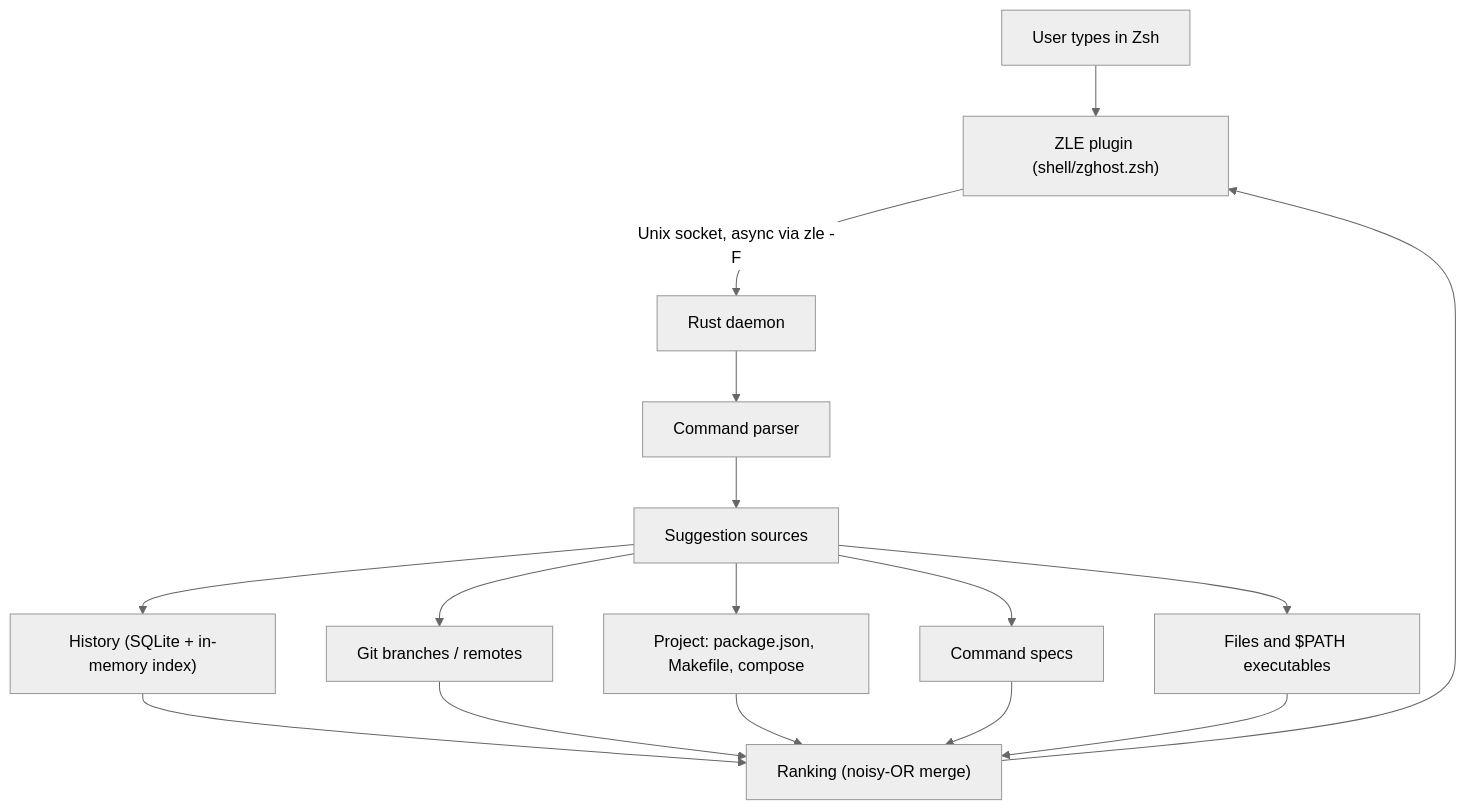
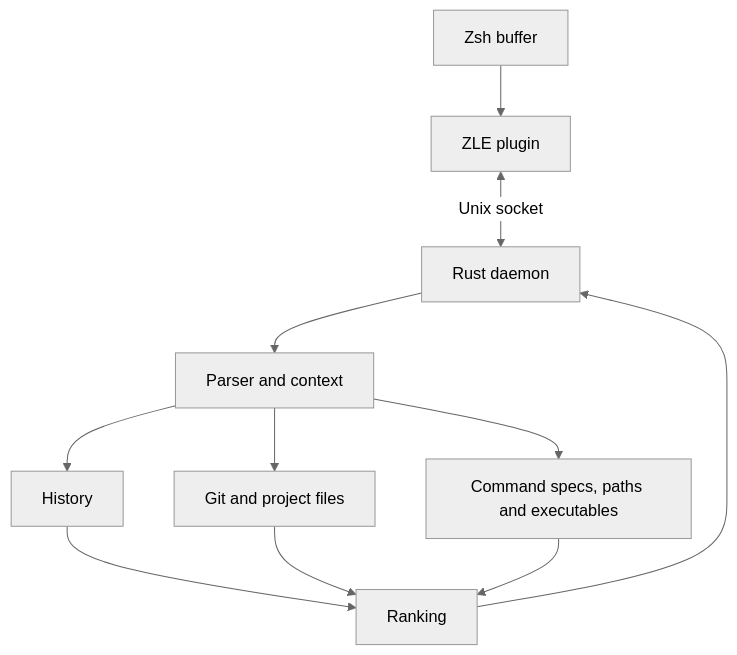
Before and after one commit to itsmejay80/zghost: the diagram in README.md, drawn with Mermaid (neutral theme). The commit also changed other lines of this file, not shown here.

````diff
--- a/README.md
+++ b/README.md
@@ -100,14 +267,11 @@
 ```mermaid
 flowchart TD
-    A["User types in Zsh"] --> B["ZLE plugin (shell/zghost.zsh)"]
-    B -- "Unix socket, async via zle -F" --> C["Rust daemon"]
-    C --> D["Command parser"]
-    D --> E["Suggestion sources"]
-    E --> F["History (SQLite + in-memory index)"]
-    E --> G["Git branches / remotes"]
-    E --> H["Project: package.json, Makefile, compose"]
-    E --> I["Command specs"]
-    E --> J["Files and $PATH executables"]
-    F & G & H & I & J --> K["Ranking (noisy-OR merge)"]
-    K --> B
+    A[Zsh buffer] --> B[ZLE plugin]
+    B <-->|Unix socket| C[Rust daemon]
+    C --> D[Parser and context]
+    D --> E[History]
+    D --> F[Git and project files]
+    D --> G[Command specs, paths and executables]
+    E & F & G --> H[Ranking]
+    H --> C
 ```
````
